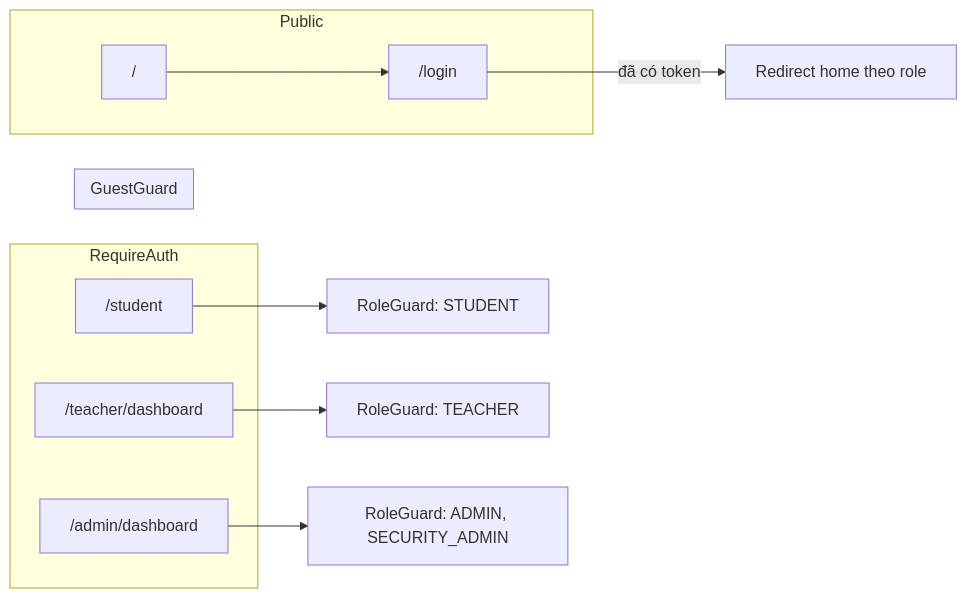
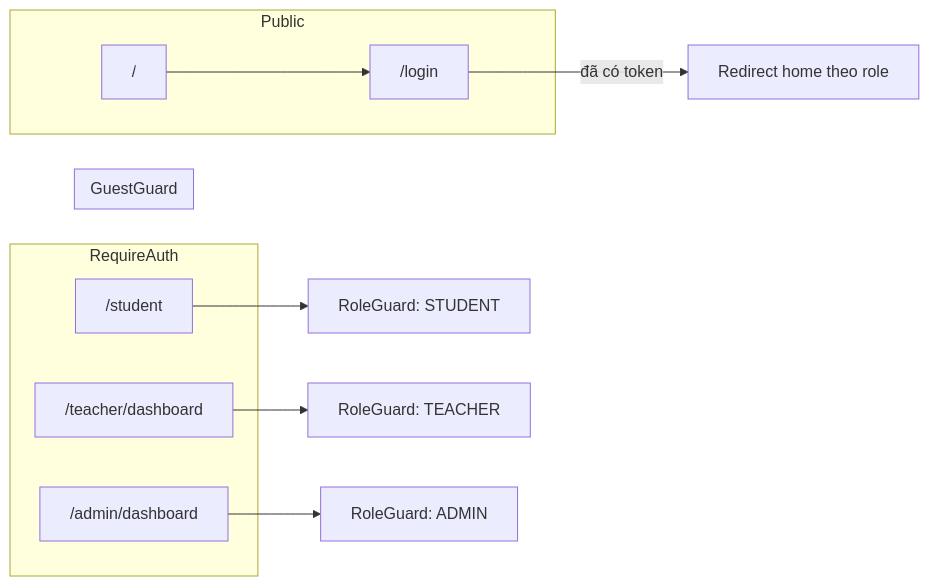
The third of 3 diagrams in FE/TEAM-HANDOFF.md (DarkEmperor16/GROUP_PROJECT_OJT), drawn with Mermaid before and after one commit. The commit also changed other lines of this file and 69 other files, not shown here.

````diff
--- a/FE/TEAM-HANDOFF.md
+++ b/FE/TEAM-HANDOFF.md
@@ -78,23 +78,23 @@
 ```mermaid
 flowchart LR
     subgraph Public
         Home["/"]
         Login["/login"]
     end
 
     subgraph GuestGuard
         Login
     end
 
     subgraph RequireAuth
         Student["/student"]
         Teacher["/teacher/dashboard"]
         Admin["/admin/dashboard"]
     end
 
     Login -->|đã có token| RoleRedirect[Redirect home theo role]
     Home --> Login
     Student --> RoleGuard1[RoleGuard: STUDENT]
     Teacher --> RoleGuard2[RoleGuard: TEACHER]
-    Admin --> RoleGuard3[RoleGuard: ADMIN, SECURITY_ADMIN]
+    Admin --> RoleGuard3[RoleGuard: ADMIN]
 ```
````
